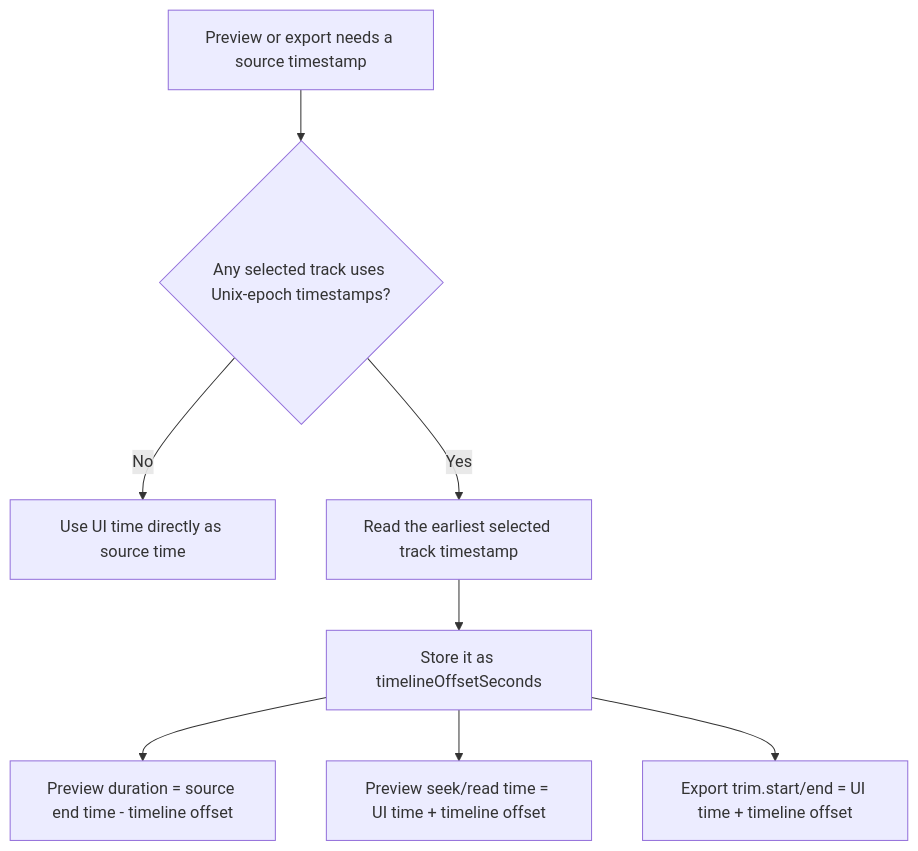
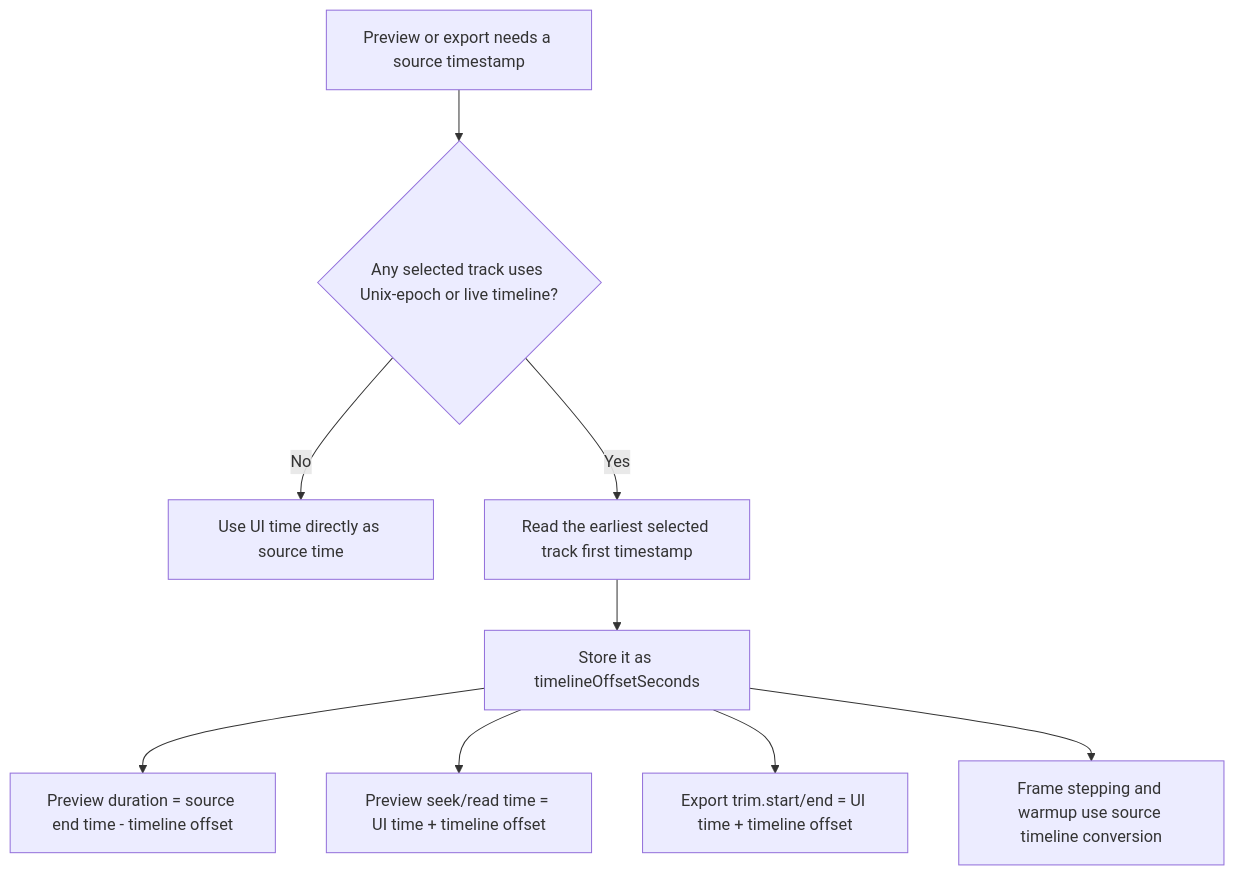
Before and after one commit to TechSquidTV/Cliparr: the eighth of 13 diagrams in DIAGRAMS.md, drawn with Mermaid. The commit also changed other lines of this file, not shown here.

First line of the commit message:
docs(cliparr): update workflow diagrams (#106)

````diff
--- a/DIAGRAMS.md
+++ b/DIAGRAMS.md
@@ -183,10 +224,11 @@
 ```mermaid
 flowchart TD
-    A["Preview or export needs a source timestamp"] --> B{"Any selected track uses Unix-epoch timestamps?"}
+    A["Preview or export needs a source timestamp"] --> B{"Any selected track uses Unix-epoch or live timeline?"}
     B -- "No" --> C["Use UI time directly as source time"]
-    B -- "Yes" --> D["Read the earliest selected track timestamp"]
+    B -- "Yes" --> D["Read the earliest selected track first timestamp"]
     D --> E["Store it as timelineOffsetSeconds"]
     E --> F["Preview duration = source end time - timeline offset"]
     E --> G["Preview seek/read time = UI time + timeline offset"]
     E --> H["Export trim.start/end = UI time + timeline offset"]
+    E --> I["Frame stepping and warmup use source timeline conversion"]
 ```
````
